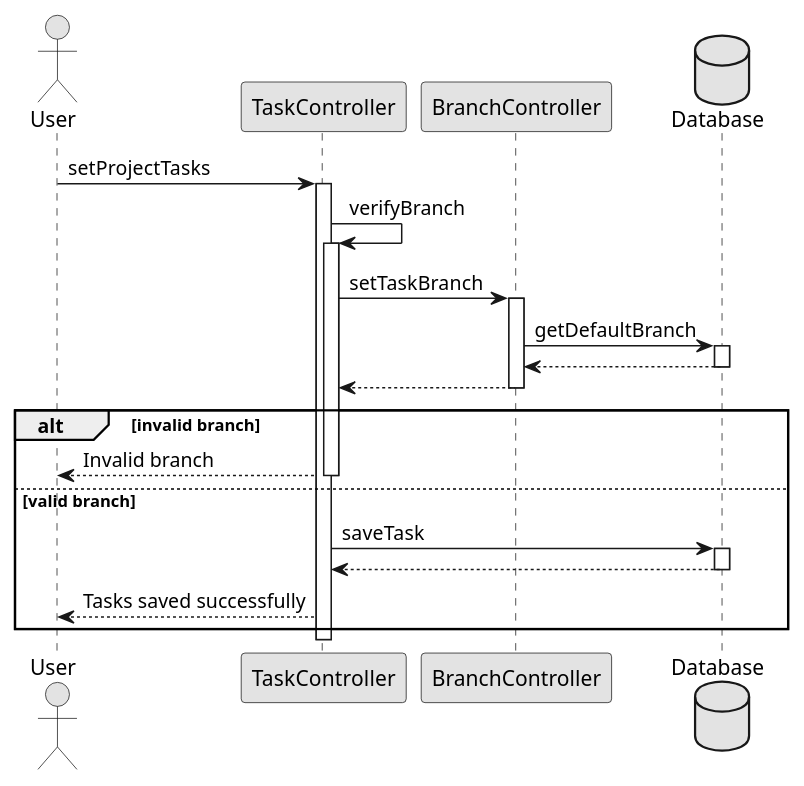
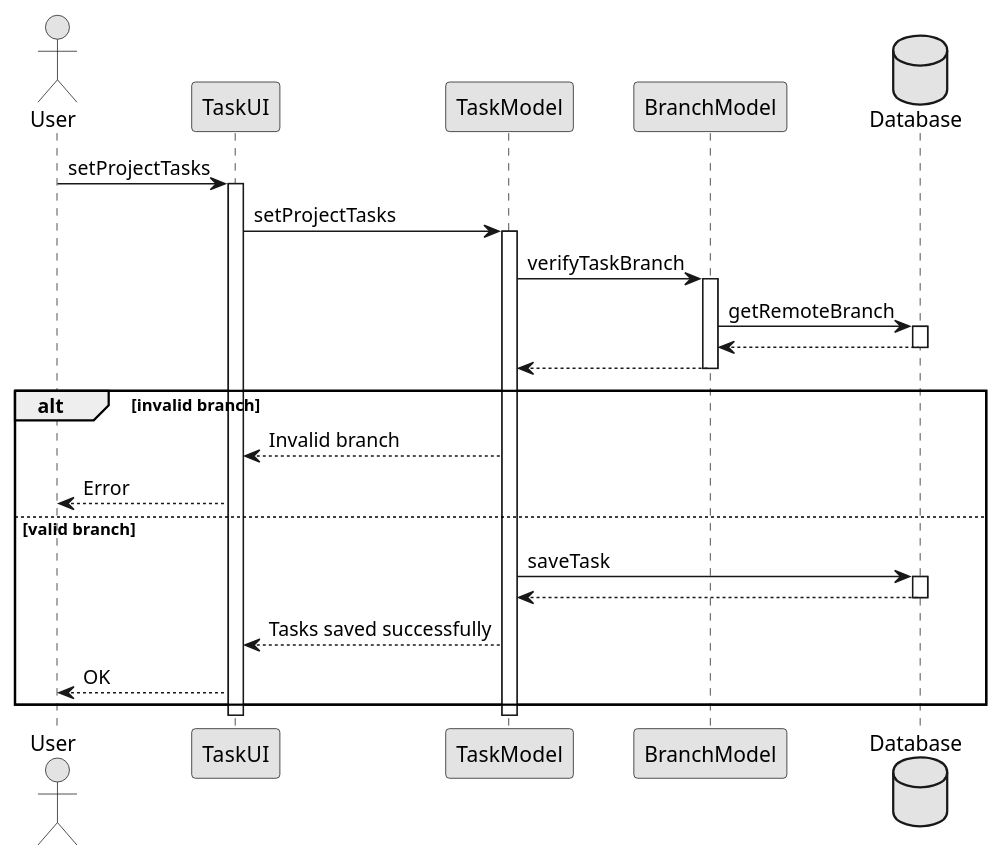
Before and after one commit to imdar1/GitMonitor: the diagram in docs/res/seq3.pu, drawn with PlantUML. The commit also changed 6 other files, not shown here.

```diff
--- a/docs/res/seq3.pu
+++ b/docs/res/seq3.pu
@@ -1,34 +1,39 @@
 @startuml sequence_diagram3
 skinparam monochrome true
 actor User as user
-participant "TaskController" as a1
-participant "BranchController" as a2
+participant "TaskUI" as i1
+participant "TaskModel" as a1
+participant "BranchModel" as a2
 database "Database" as db
 
-user -> a1: setProjectTasks
+user -> i1: setProjectTasks
+activate i1
+
+i1 -> a1: setProjectTasks
 activate a1
 
-a1 -> a1: verifyBranch
-activate a1
-a1 -> a2: setTaskBranch
+a1 -> a2: verifyTaskBranch
 activate a2
-a2 -> db: getDefaultBranch
+a2 -> db: getRemoteBranch
 activate db
 db --> a2
 deactivate db
 a2 --> a1
 deactivate a2
 
 alt invalid branch
-    a1 --> user: Invalid branch
-    deactivate a1
+    a1 --> i1: Invalid branch
+    i1 --> user: Error
 else valid branch
     a1 -> db: saveTask
     activate db
     db --> a1
     deactivate db
-    a1 --> user: Tasks saved successfully
+    a1 --> i1: Tasks saved successfully
+    i1 --> user: OK
 end
+
 deactivate a1
+deactivate i1
 
 @enduml
```
